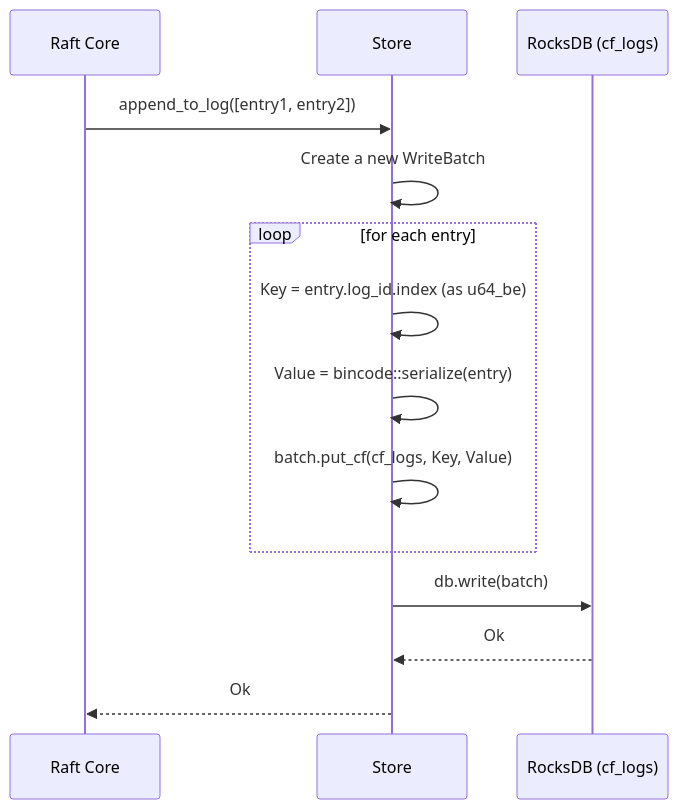
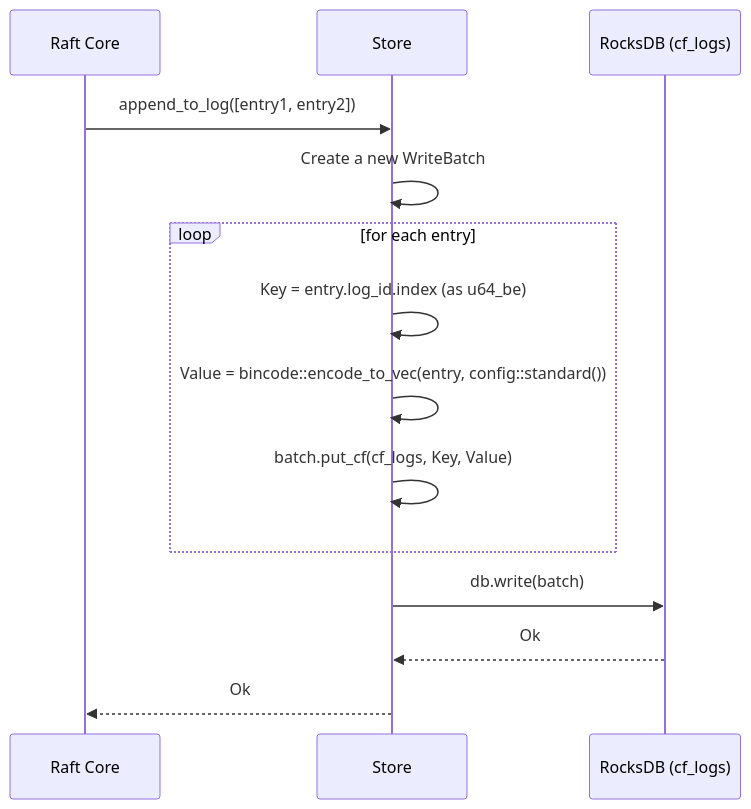
The first of 3 diagrams in docs/Storage.md (yeheng/conflux), drawn with Mermaid before and after one commit. The commit also changed other lines of this file and 3 other files, not shown here.

````diff
--- a/docs/Storage.md
+++ b/docs/Storage.md
@@ -146,17 +146,17 @@
 ```mermaid
 sequenceDiagram
     participant RaftCore as Raft Core
     participant Store as Store
     participant RocksDB as RocksDB (cf_logs)
 
     RaftCore->>Store: append_to_log([entry1, entry2])
     Store->>Store: Create a new WriteBatch
     loop for each entry
         Store->>Store: Key = entry.log_id.index (as u64_be)
-        Store->>Store: Value = bincode::serialize(entry)
+        Store->>Store: Value = bincode::encode_to_vec(entry, config::standard())
         Store->>Store: batch.put_cf(cf_logs, Key, Value)
     end
     Store->>RocksDB: db.write(batch)
     RocksDB-->>Store: Ok
     Store-->>RaftCore: Ok
 ```
````
